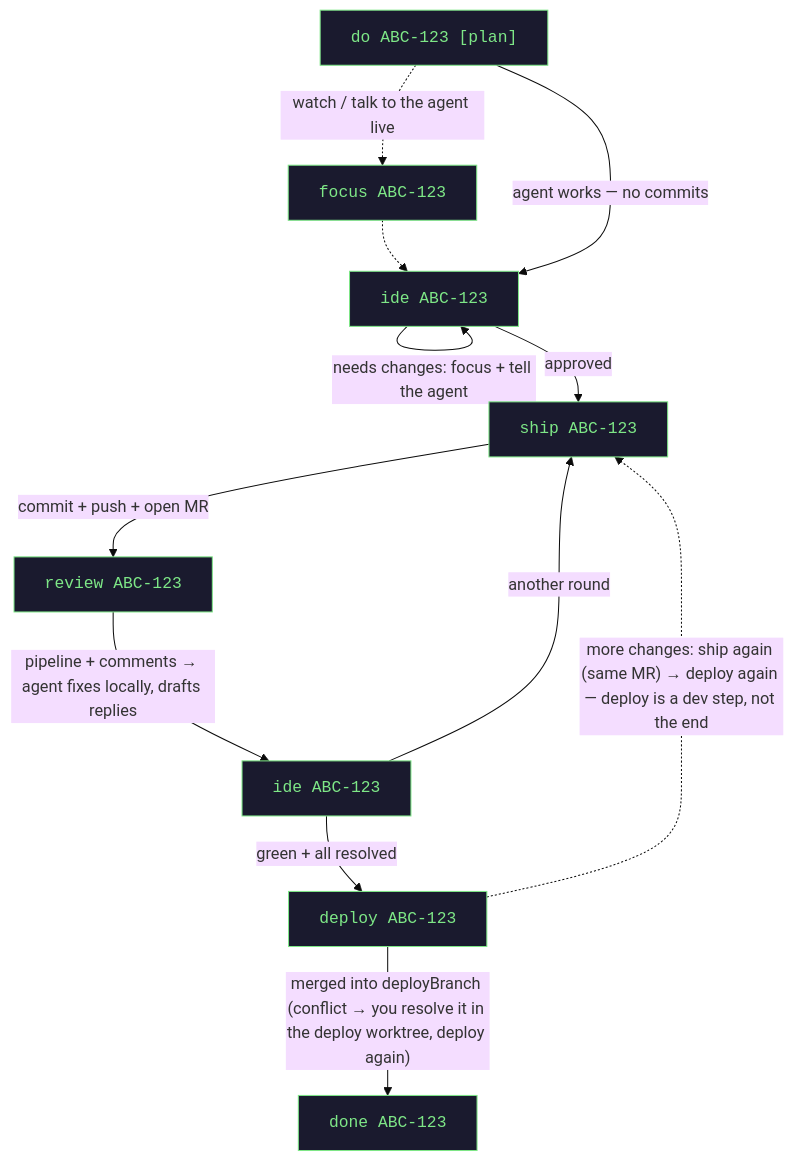
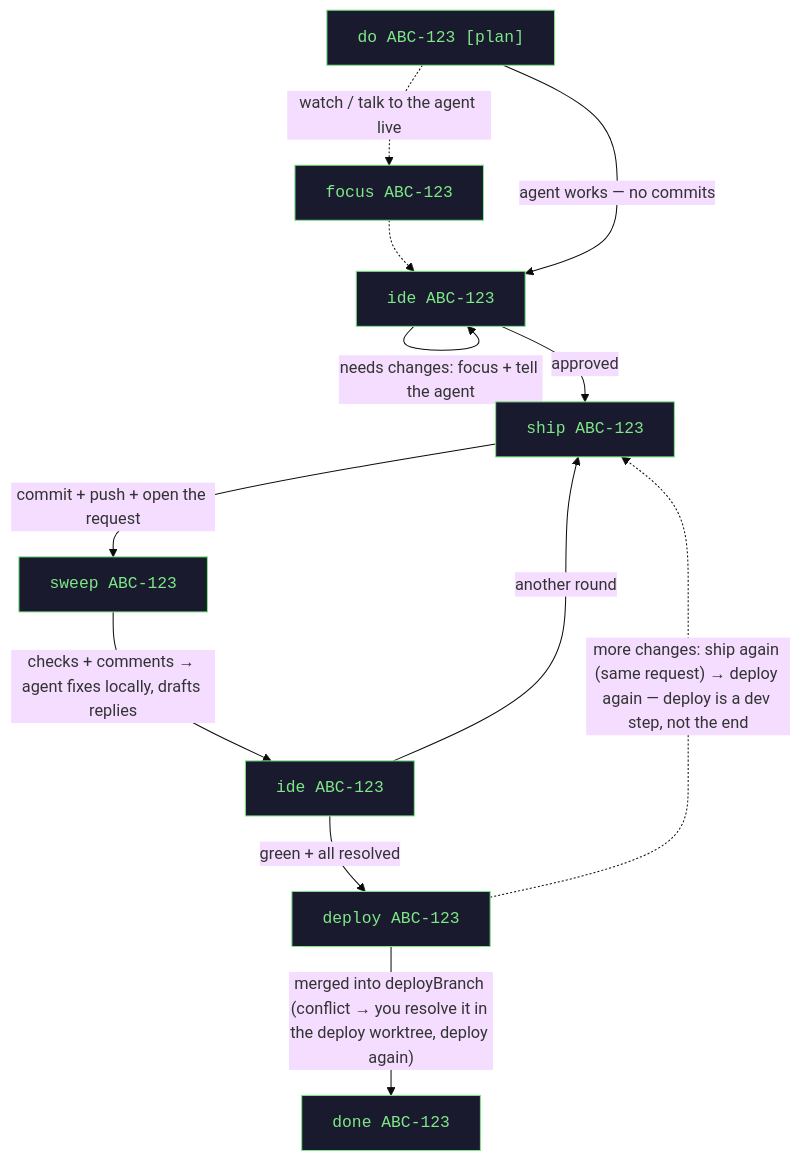
One commit to GulDmitry/jagt changed the diagram in README.md. Above: the diagram before and after it, drawn with Mermaid (base theme). The commit also changed other lines of this file and 41 other files, not shown here.

````diff
--- a/README.md
+++ b/README.md
@@ -218,26 +218,26 @@
 ```mermaid
 flowchart TD
     DO["do ABC-123 [plan]"]
     IDE1["ide ABC-123"]
     SHIP["ship ABC-123"]
-    REVIEW["review ABC-123"]
+    REVIEW["sweep ABC-123"]
     IDE2["ide ABC-123"]
     DEPLOY["deploy ABC-123"]
     DONE["done ABC-123"]
 
     FOCUS["focus ABC-123"]
     DO -.->|"watch / talk to the agent live"| FOCUS
     FOCUS -.-> IDE1
     DO -->|"agent works — no commits"| IDE1
     IDE1 -->|"needs changes: focus + tell the agent"| IDE1
     IDE1 -->|"approved"| SHIP
-    SHIP -->|"commit + push + open MR"| REVIEW
-    REVIEW -->|"pipeline + comments → agent fixes locally, drafts replies"| IDE2
+    SHIP -->|"commit + push + open the request"| REVIEW
+    REVIEW -->|"checks + comments → agent fixes locally, drafts replies"| IDE2
     IDE2 -->|"another round"| SHIP
     IDE2 -->|"green + all resolved"| DEPLOY
     DEPLOY -->|"merged into deployBranch (conflict → you resolve it in the deploy worktree, deploy again)"| DONE
-    DEPLOY -.->|"more changes: ship again (same MR) → deploy again — deploy is a dev step, not the end"| SHIP
+    DEPLOY -.->|"more changes: ship again (same request) → deploy again — deploy is a dev step, not the end"| SHIP
 
     classDef cmd font-family:monospace,fill:#1a1a2e,color:#7ee787,stroke:#7ee787;
     class DO,FOCUS,IDE1,SHIP,REVIEW,IDE2,DEPLOY,DONE cmd;
 ```
````
